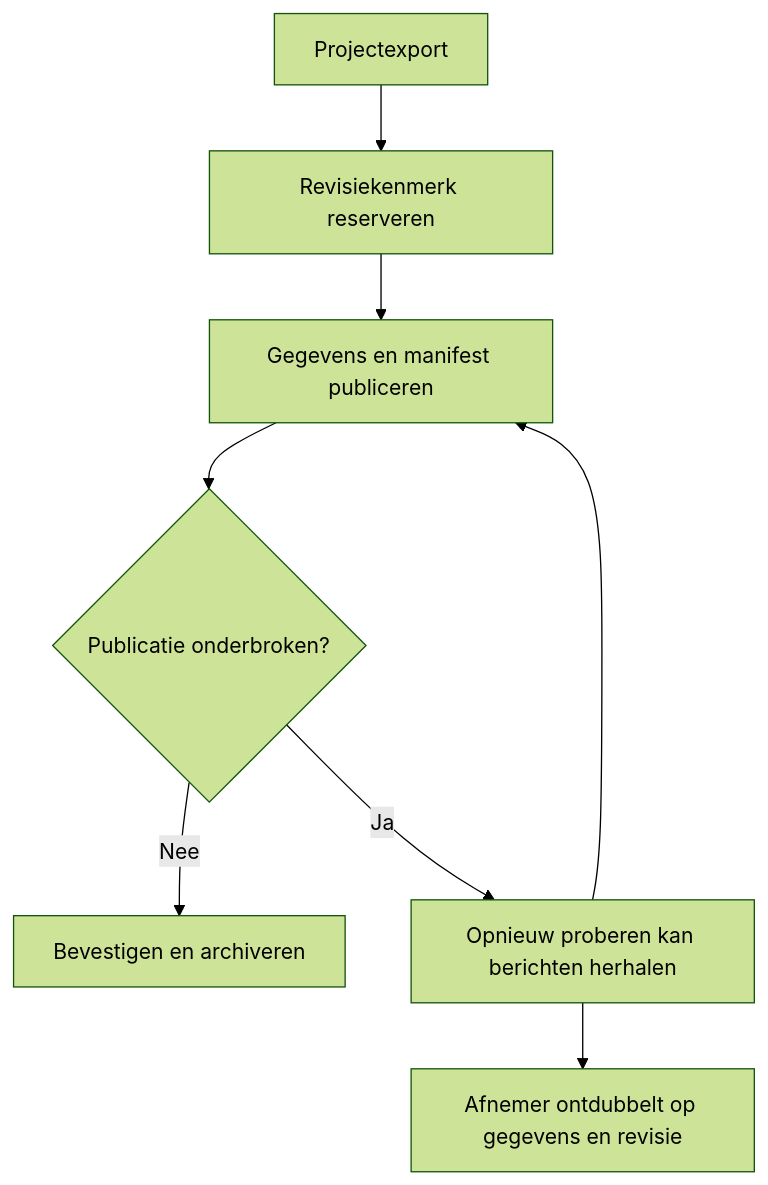
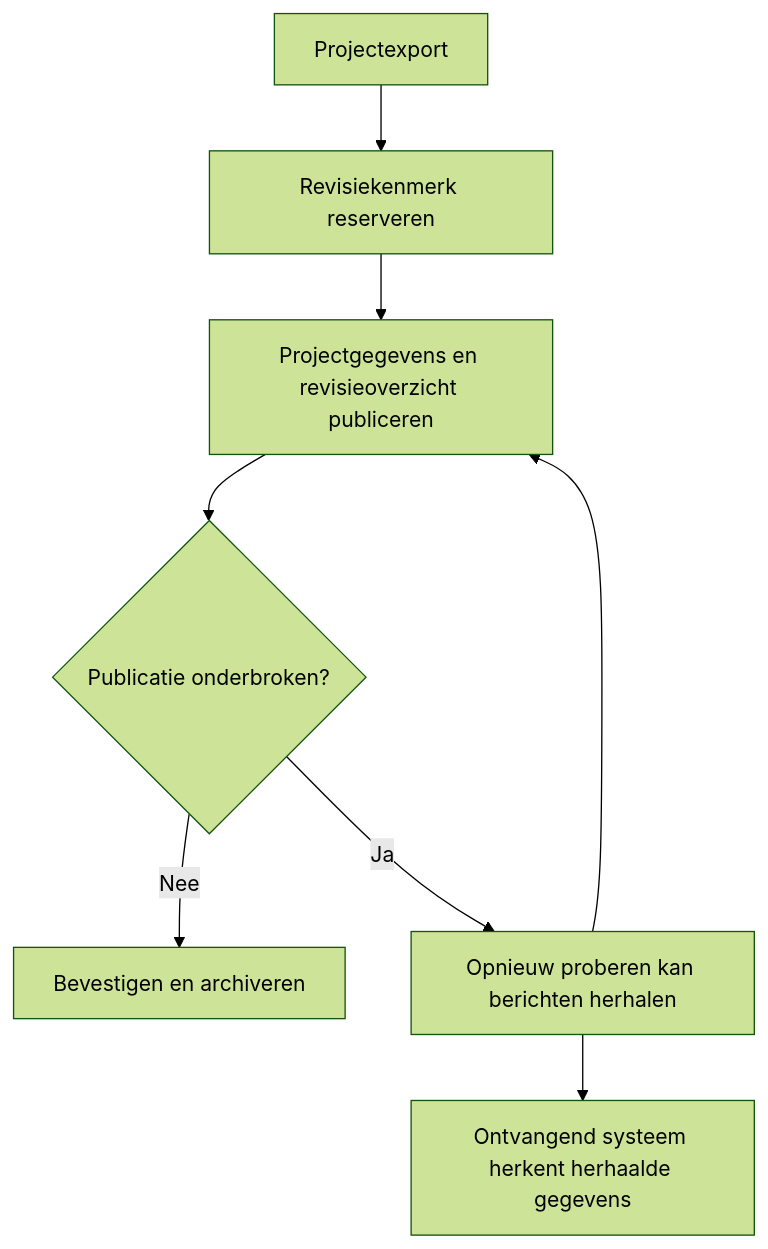
The second of 2 diagrams in nl/qf2uns/workflow.mdx (SheetMetalConnect/smc-mintlify), drawn with Mermaid (forest theme) before and after one commit. The commit also changed other lines of this file, not shown here.

Commit message:
docs: clarify QF2UNS feedback and retries

````diff
--- a/nl/qf2uns/workflow.mdx
+++ b/nl/qf2uns/workflow.mdx
@@ -29,10 +29,10 @@
 ```mermaid
 flowchart TB
   A["Projectexport"] --> B["Revisiekenmerk reserveren"]
-  B --> C["Gegevens en manifest publiceren"]
+  B --> C["Projectgegevens en revisieoverzicht publiceren"]
   C --> D{"Publicatie onderbroken?"}
   D -->|"Nee"| E["Bevestigen en archiveren"]
   D -->|"Ja"| F["Opnieuw proberen kan berichten herhalen"]
-  F --> G["Afnemer ontdubbelt op gegevens en revisie"]
+  F --> G["Ontvangend systeem herkent herhaalde gegevens"]
   F --> C
 ```
````
